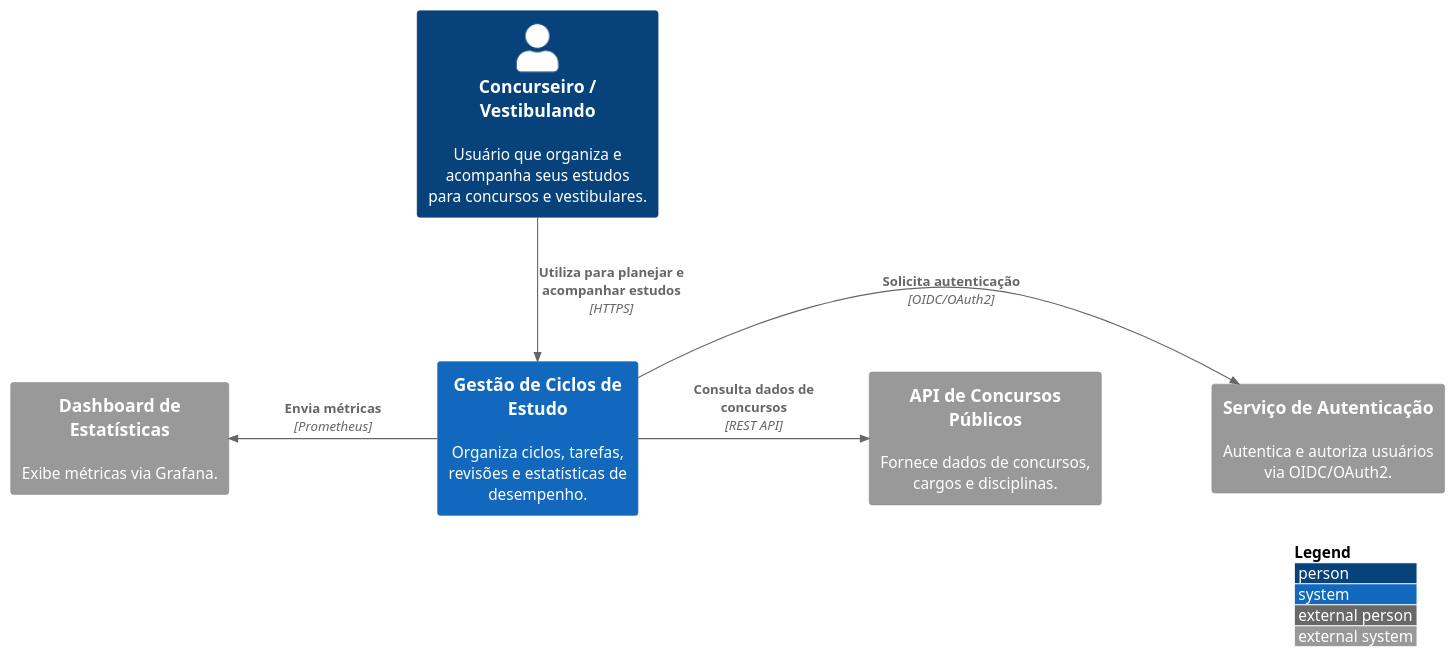
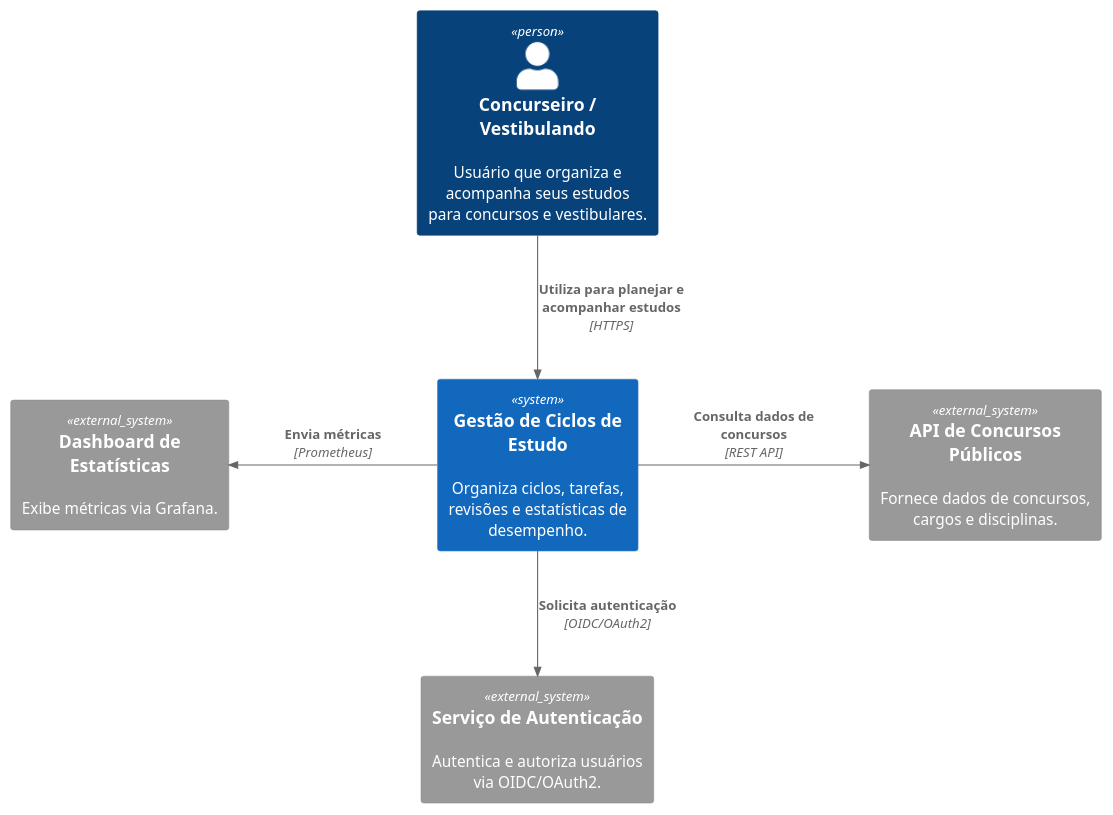
The diagram in atividade_2/diagrama_contexto.puml (MarcosVSO/projeto_design_de_software), drawn with PlantUML before and after one commit. The commit also changed 1 other file, not shown here.

Commit message:
retira as legendas e ajusta layout

```diff
--- a/atividade_2/diagrama_contexto.puml
+++ b/atividade_2/diagrama_contexto.puml
@@ -1,31 +1,30 @@
 @startuml
 !include https://raw.githubusercontent.com/plantuml-stdlib/C4-PlantUML/master/C4_Context.puml
 
 ' Configurações para melhorar legibilidade
 LAYOUT_TOP_DOWN()
-LAYOUT_WITH_LEGEND()
 
 ' Aumentar espaçamento entre elementos
 skinparam ranksep 80
 skinparam nodesep 100
 
 Person(user, "Concurseiro / Vestibulando", "Usuário que organiza e acompanha seus estudos para concursos e vestibulares.")
 
 System(system, "Gestão de Ciclos de Estudo", "Organiza ciclos, tarefas, revisões e estatísticas de desempenho.")
 
 System_Ext(auth, "Serviço de Autenticação", "Autentica e autoriza usuários via OIDC/OAuth2.")
 
 System_Ext(apiConcursos, "API de Concursos Públicos", "Fornece dados de concursos, cargos e disciplinas.")
 
 System_Ext(grafana, "Dashboard de Estatísticas", "Exibe métricas via Grafana.")
 
 ' Relacionamentos com direções específicas
 Rel_Down(user, system, "Utiliza para planejar e acompanhar estudos", "HTTPS")
 
-Rel_Right(system, auth, "Solicita autenticação", "OIDC/OAuth2")
+Rel_Down(system, auth, "Solicita autenticação", "OIDC/OAuth2")
 
 Rel_Right(system, apiConcursos, "Consulta dados de concursos", "REST API")
 
 Rel_Left(system, grafana, "Envia métricas", "Prometheus")
 
 @enduml
```
